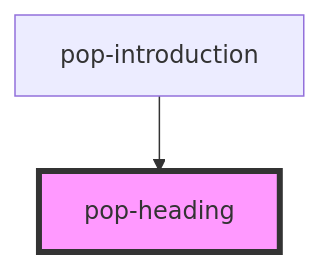
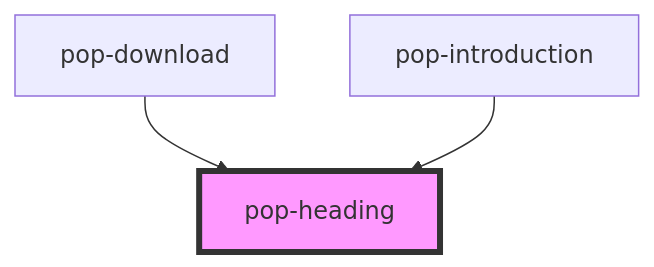
Before and after one commit to MysterieDev/stencil-starter-on: the diagram in src/components/pop-heading/readme.md, drawn with Mermaid. The commit also changed other lines of this file and 9 other files, not shown here.

````diff
--- a/src/components/pop-heading/readme.md
+++ b/src/components/pop-heading/readme.md
@@ -22,5 +23,6 @@
 ```mermaid
 graph TD;
+  pop-download --> pop-heading
   pop-introduction --> pop-heading
   style pop-heading fill:#f9f,stroke:#333,stroke-width:4px
 ```
````
